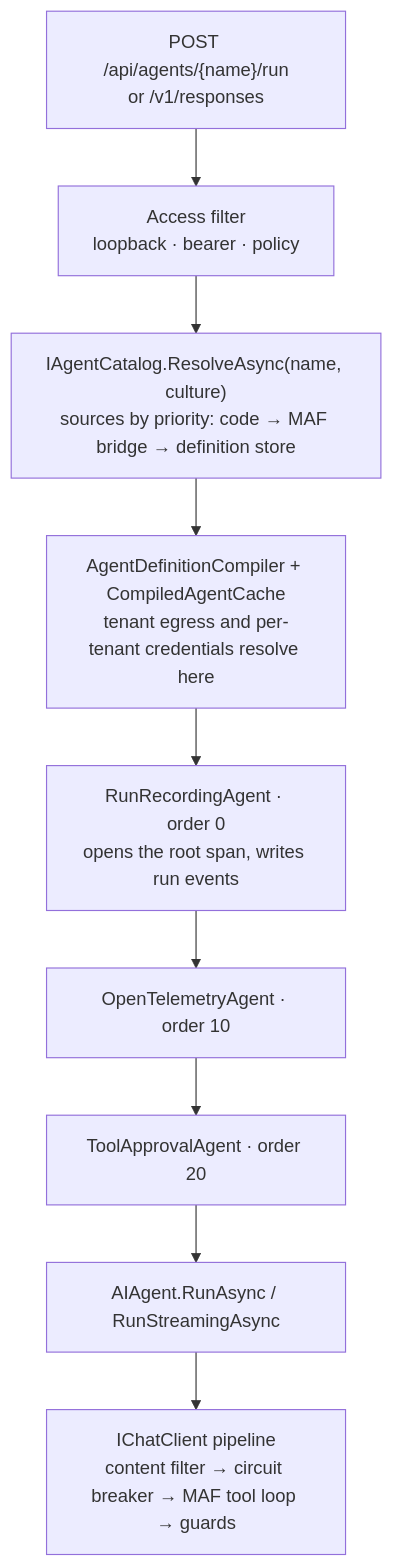
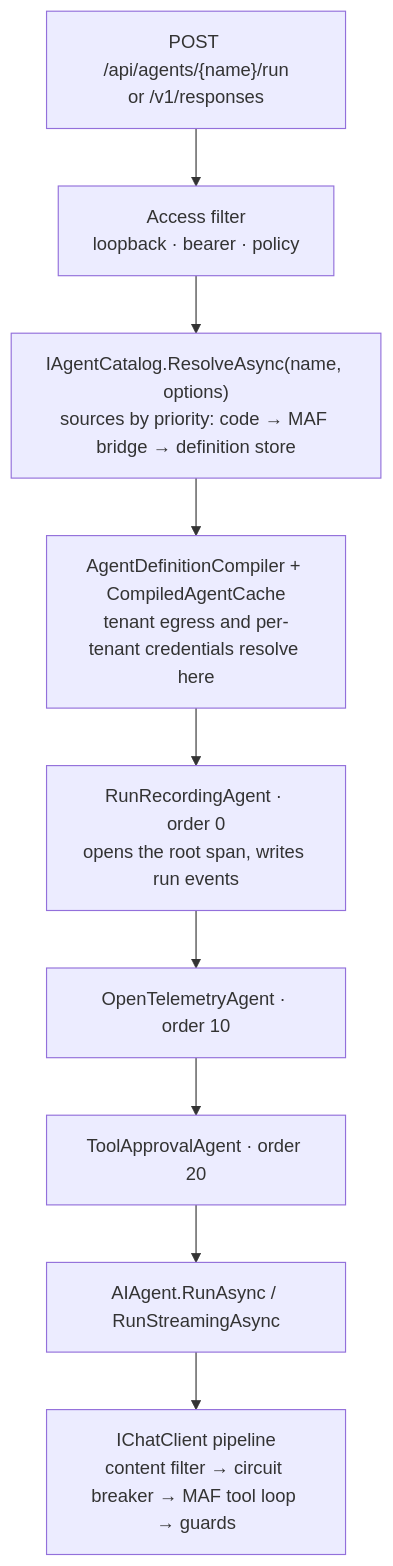
Before and after one commit to farukatasoy/Tracon: the second of 2 diagrams in ARCHITECTURE.md, drawn with Mermaid. The commit also changed 10 other files, not shown here.

````diff
--- a/ARCHITECTURE.md
+++ b/ARCHITECTURE.md
@@ -77,14 +77,14 @@
 ```mermaid
 flowchart TD
     REQ["POST /api/agents/{name}/run<br/>or /v1/responses"]
     ACCESS["Access filter<br/>loopback · bearer · policy"]
-    RESOLVE["IAgentCatalog.ResolveAsync(name, culture)<br/>sources by priority: code → MAF bridge → definition store"]
+    RESOLVE["IAgentCatalog.ResolveAsync(name, options)<br/>sources by priority: code → MAF bridge → definition store"]
     COMPILE["AgentDefinitionCompiler + CompiledAgentCache<br/>tenant egress and per-tenant credentials resolve here"]
     REC["RunRecordingAgent · order 0<br/>opens the root span, writes run events"]
     OTEL["OpenTelemetryAgent · order 10"]
     APR["ToolApprovalAgent · order 20"]
     AGENT["AIAgent.RunAsync / RunStreamingAsync"]
     LLM["IChatClient pipeline<br/>content filter → circuit breaker → MAF tool loop → guards"]
 
     REQ --> ACCESS --> RESOLVE --> COMPILE --> REC --> OTEL --> APR --> AGENT --> LLM
 ```
````
